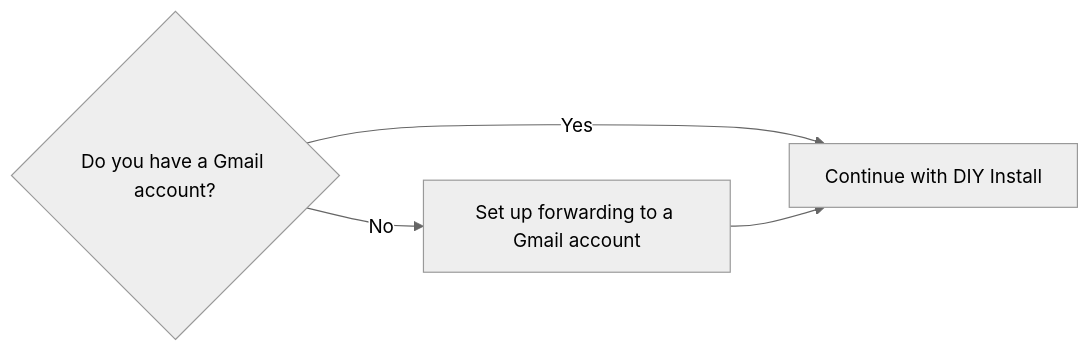
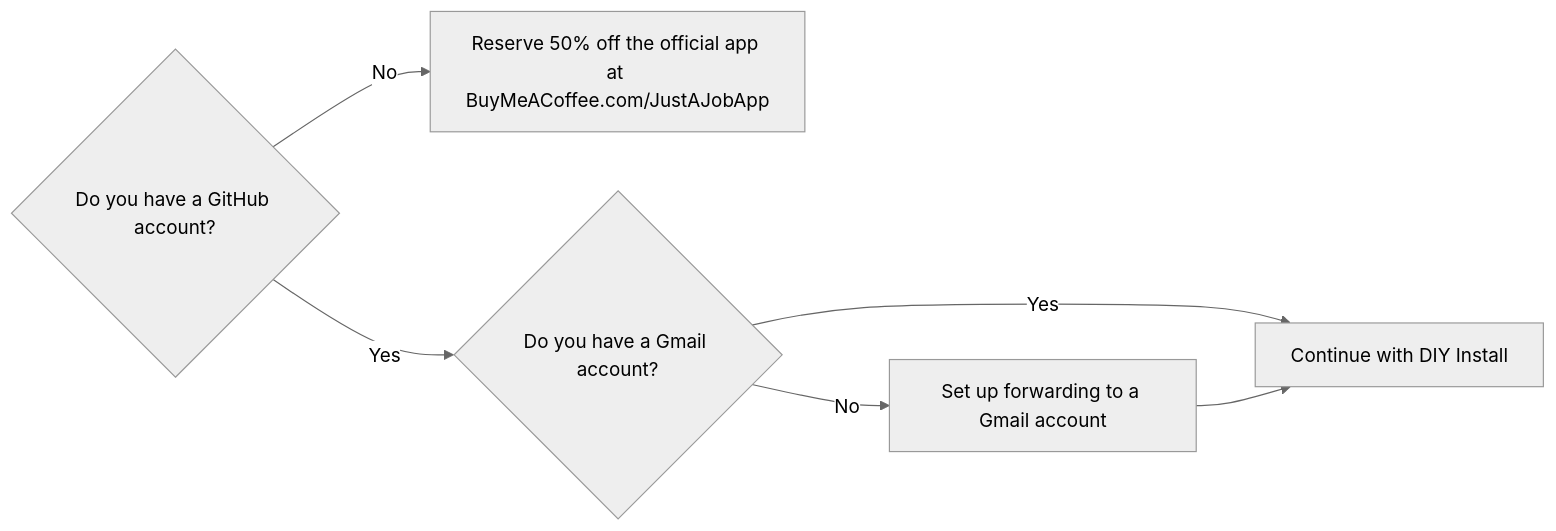
Before and after one commit to okimin/jobseeker-analytics: the diagram in README.md, drawn with Mermaid (neutral theme). The commit also changed other lines of this file, not shown here.

First line of the commit message:
Revise README for GitHub account flow and instructions

````diff
--- a/README.md
+++ b/README.md
@@ -14,6 +14,8 @@
 ```mermaid
 graph LR
-    A{Do you have a Gmail account?} -- Yes --> C[Continue with DIY Install];
-    A -- No --> B[Set up forwarding to a Gmail account];
-    B --> C;
+    A{Do you have a GitHub account?} -- No --> B[Reserve 50% off the official app at BuyMeACoffee.com/JustAJobApp];
+    A -- Yes --> C{Do you have a Gmail account?};
+    C -- Yes --> D[Continue with DIY Install];
+    C -- No --> E[Set up forwarding to a Gmail account];
+    E --> D;
 ```
````
